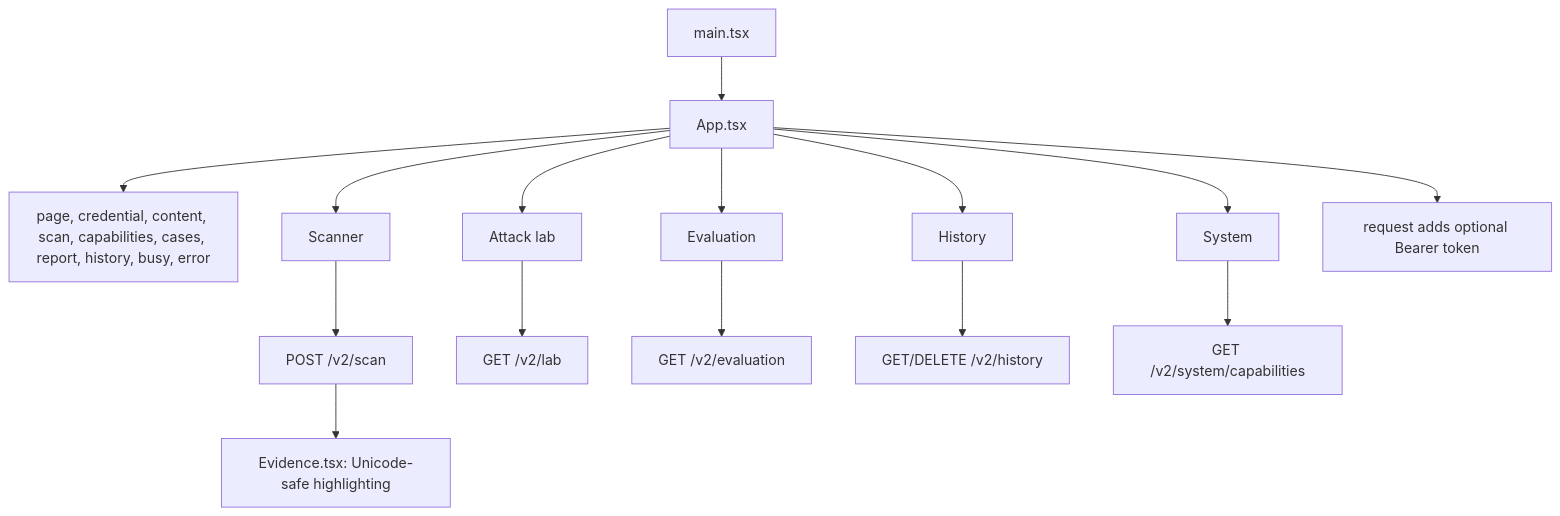
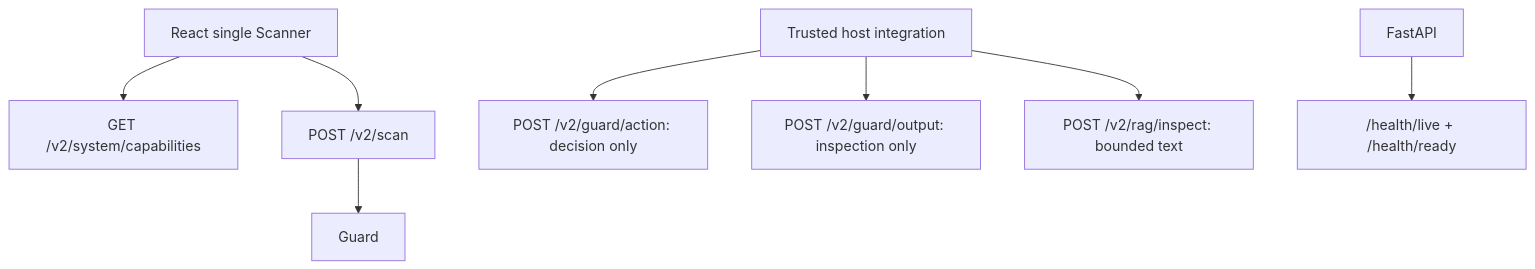
Before and after one commit to namelessweakl1ng/kjnlae: the eighth of 10 diagrams in CODEBASE.md, drawn with Mermaid. The commit also changed other lines of this file, not shown here.

Commit message:
docs: preserve detailed codebase deep dive, rebase architecture on 0.3 SDK and UI

````diff
--- a/CODEBASE.md
+++ b/CODEBASE.md
@@ -2922,17 +1777,10 @@
 ```mermaid
 flowchart TD
-  Entry["main.tsx"] --> App["App.tsx"]
-  App --> State["page, credential, content, scan, capabilities, cases, report, history, busy, error"]
-  App --> Scanner["Scanner"]
-  App --> Lab["Attack lab"]
-  App --> Eval["Evaluation"]
-  App --> Hist["History"]
-  App --> System["System"]
-  Scanner --> ScanAPI["POST /v2/scan"]
-  ScanAPI --> Evidence["Evidence.tsx: Unicode-safe highlighting"]
-  Lab --> LabAPI["GET /v2/lab"]
-  Eval --> EvalAPI["GET /v2/evaluation"]
-  Hist --> HistAPI["GET/DELETE /v2/history"]
-  System --> SysAPI["GET /v2/system/capabilities"]
-  App --> Fetch["request<T> adds optional Bearer token"]
+  App["React single Scanner"] --> Cap["GET /v2/system/capabilities"]
+  App --> Scan["POST /v2/scan"]
+  Scan --> Core["Guard"]
+  Client["Trusted host integration"] --> Action["POST /v2/guard/action: decision only"]
+  Client --> Output["POST /v2/guard/output: inspection only"]
+  Client --> Rag["POST /v2/rag/inspect: bounded text"]
+  API["FastAPI"] --> Health["/health/live + /health/ready"]
 ```
````
